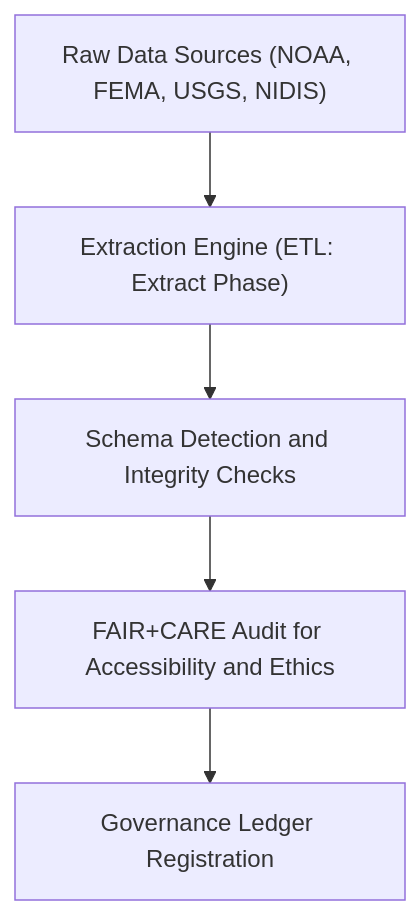
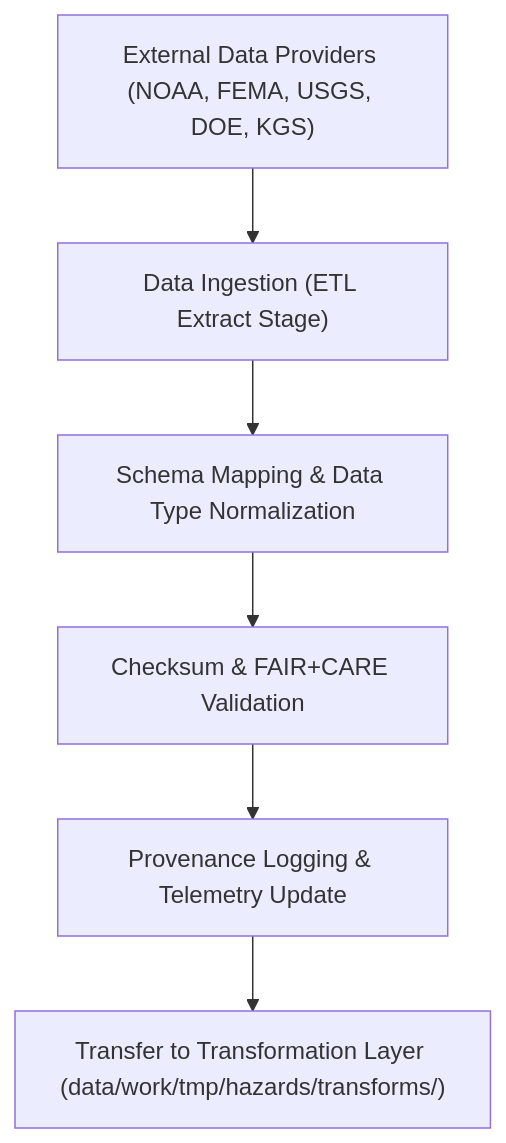
Before and after one commit to bartytime4life/Kansas-Frontier-Matrix: the diagram in data/work/tmp/hazards/logs/etl/extract/README.md, drawn with Mermaid. The commit also changed other lines of this file, not shown here.

First line of the commit message:
Update README for ETL extract logs to v9.5.0

````diff
--- a/data/work/tmp/hazards/logs/etl/extract/README.md
+++ b/data/work/tmp/hazards/logs/etl/extract/README.md
@@ -62,7 +69,8 @@
 ```mermaid
 flowchart TD
-    A["Raw Data Sources (NOAA, FEMA, USGS, NIDIS)"] --> B["Extraction Engine (ETL: Extract Phase)"]
-    B --> C["Schema Detection and Integrity Checks"]
-    C --> D["FAIR+CARE Audit for Accessibility and Ethics"]
-    D --> E["Governance Ledger Registration"]
+    A["External Data Providers (NOAA, FEMA, USGS, DOE, KGS)"] --> B["Data Ingestion (ETL Extract Stage)"]
+    B --> C["Schema Mapping & Data Type Normalization"]
+    C --> D["Checksum & FAIR+CARE Validation"]
+    D --> E["Provenance Logging & Telemetry Update"]
+    E --> F["Transfer to Transformation Layer (data/work/tmp/hazards/transforms/)"]
 ```
````
